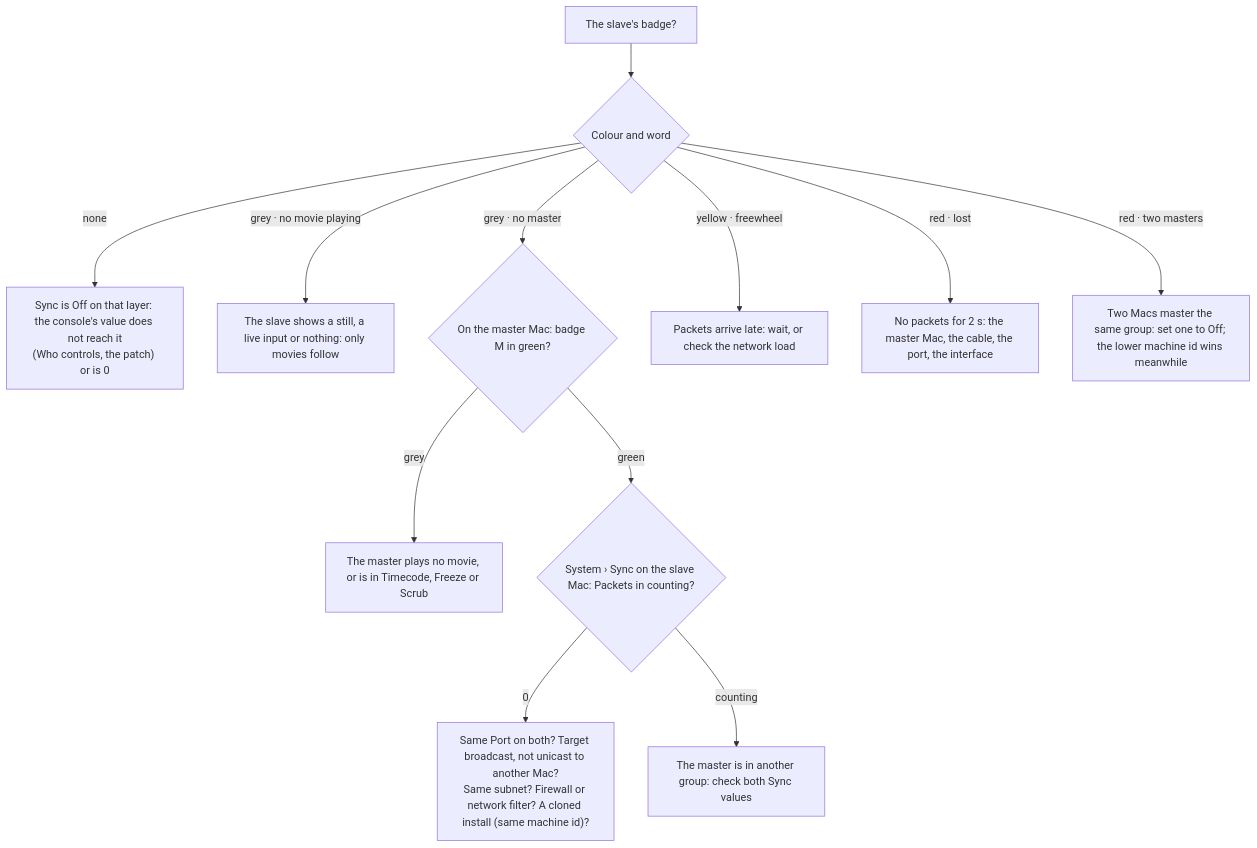
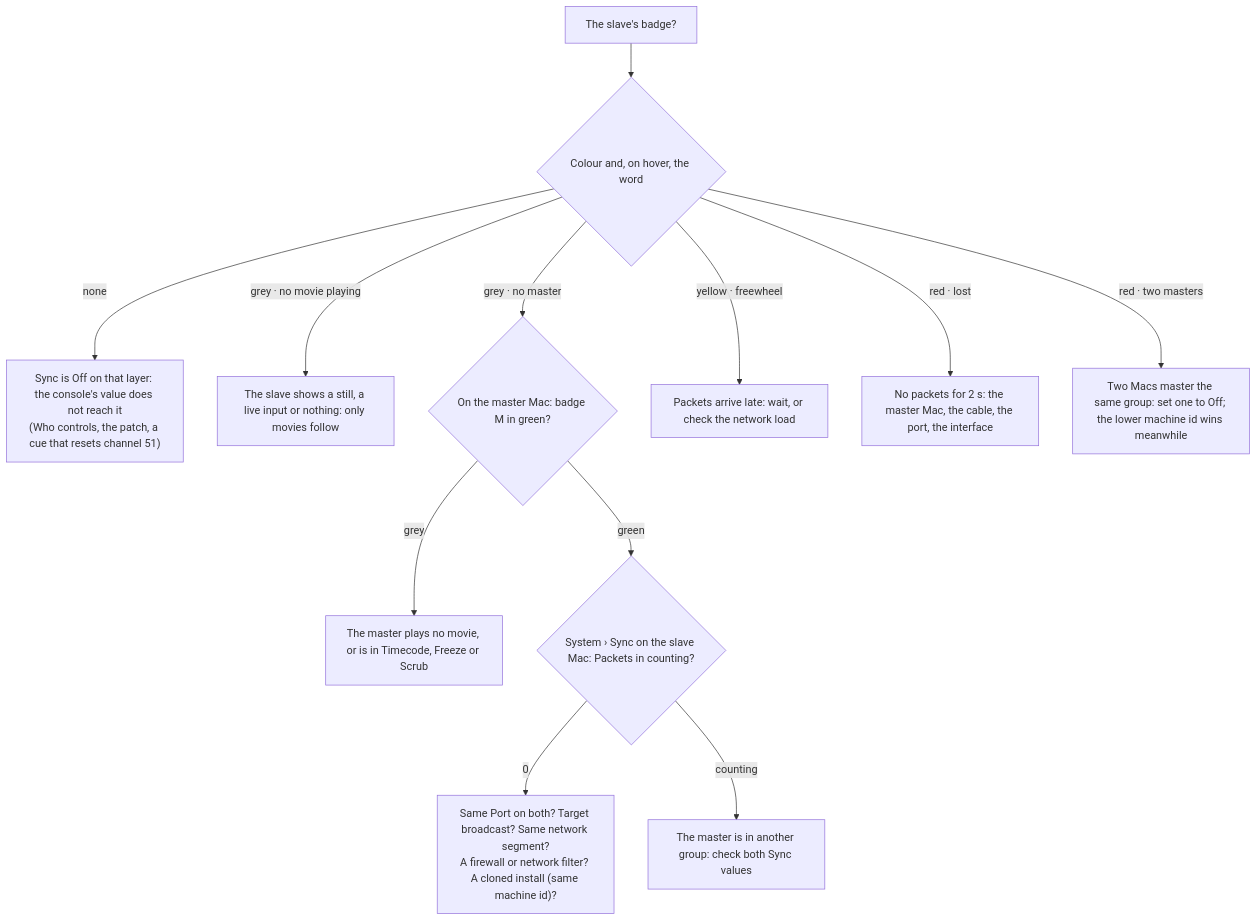
Before and after one commit to Timdebruijn/fanous: the diagram in docs/user/multi-server.md, drawn with Mermaid. The commit also changed other lines of this file and 11 other files, not shown here.

````diff
--- a/docs/user/multi-server.md
+++ b/docs/user/multi-server.md
@@ -145,14 +167,14 @@
 ```mermaid
 flowchart TD
-  start["The slave's badge?"] --> badge{"Colour and word"}
-  badge -- "none" --> off["Sync is Off on that layer: the console's value does not reach it<br>(Who controls, the patch) or is 0"]
+  start["The slave's badge?"] --> badge{"Colour and, on hover, the word"}
+  badge -- "none" --> off["Sync is Off on that layer: the console's value does not reach it<br>(Who controls, the patch, a cue that resets channel 51)"]
   badge -- "grey · no movie playing" --> still["The slave shows a still, a live input or nothing: only movies follow"]
   badge -- "grey · no master" --> master{"On the master Mac: badge M in green?"}
   master -- "grey" --> mstill["The master plays no movie, or is in Timecode, Freeze or Scrub"]
   master -- "green" --> packets{"System › Sync on the slave Mac: Packets in counting?"}
-  packets -- "0" --> net["Same Port on both? Target broadcast, not unicast to another Mac?<br>Same subnet? Firewall or network filter? A cloned install (same machine id)?"]
+  packets -- "0" --> net["Same Port on both? Target broadcast? Same network segment?<br>A firewall or network filter? A cloned install (same machine id)?"]
   packets -- "counting" --> group["The master is in another group: check both Sync values"]
   badge -- "yellow · freewheel" --> late["Packets arrive late: wait, or check the network load"]
   badge -- "red · lost" --> lost["No packets for 2 s: the master Mac, the cable, the port, the interface"]
   badge -- "red · two masters" --> two["Two Macs master the same group: set one to Off; the lower machine id wins meanwhile"]
 ```
````
